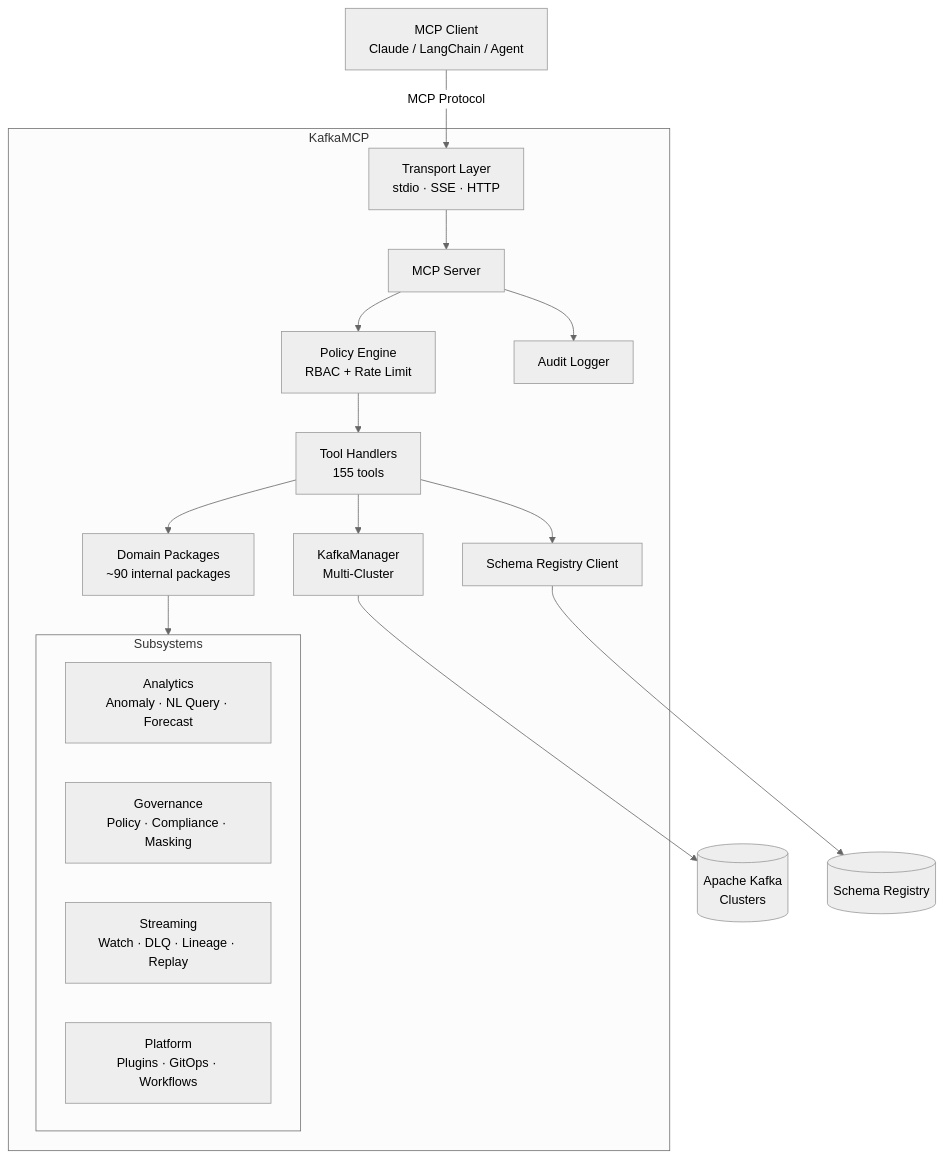
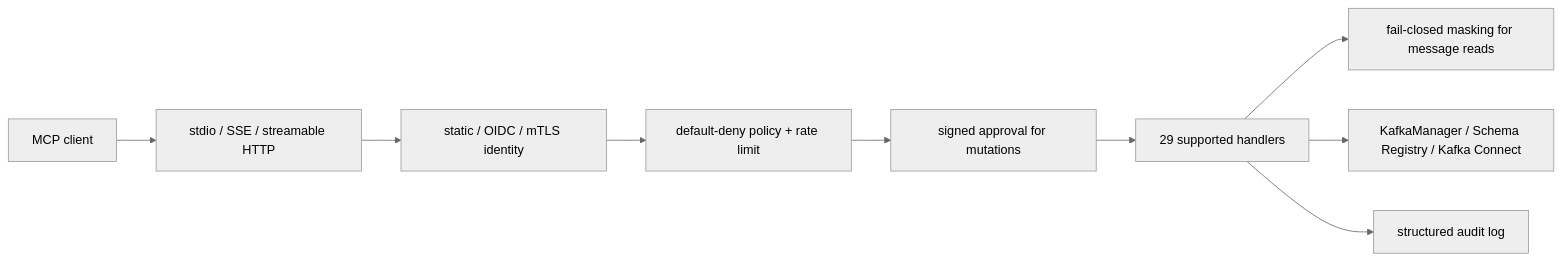
Before and after one commit to josedab/kafkamcp: the diagram in docs/ARCHITECTURE.md, drawn with Mermaid (neutral theme). The commit also changed other lines of this file and 93 other files, not shown here.

````diff
--- a/docs/ARCHITECTURE.md
+++ b/docs/ARCHITECTURE.md
@@ -19,26 +21,11 @@
 ```mermaid
-graph TD
-    Client[MCP Client<br/>Claude / LangChain / Agent] -->|MCP Protocol| Transport
-
-    subgraph KafkaMCP
-        Transport[Transport Layer<br/>stdio · SSE · HTTP]
-        Transport --> Server[MCP Server]
-        Server --> Auth[Policy Engine<br/>RBAC + Rate Limit]
-        Server --> Audit[Audit Logger]
-        Auth --> Handlers[Tool Handlers<br/>155 tools]
-        Handlers --> KM[KafkaManager<br/>Multi-Cluster]
-        Handlers --> SR[Schema Registry Client]
-        Handlers --> Domain[Domain Packages<br/>~90 internal packages]
-
-        subgraph Subsystems
-            Analytics[Analytics<br/>Anomaly · NL Query · Forecast]
-            Governance[Governance<br/>Policy · Compliance · Masking]
-            Streaming[Streaming<br/>Watch · DLQ · Lineage · Replay]
-            Platform[Platform<br/>Plugins · GitOps · Workflows]
-        end
-        Domain --> Subsystems
-    end
-
-    KM --> Kafka[(Apache Kafka<br/>Clusters)]
-    SR --> SchemaReg[(Schema Registry)]
+flowchart LR
+    Client[MCP client] --> Transport[stdio / SSE / streamable HTTP]
+    Transport --> Identity[static / OIDC / mTLS identity]
+    Identity --> Policy[default-deny policy + rate limit]
+    Policy --> Approval[signed approval for mutations]
+    Approval --> Handler[29 supported handlers]
+    Handler --> Masking[fail-closed masking for message reads]
+    Handler --> Kafka[KafkaManager / Schema Registry / Kafka Connect]
+    Handler --> Audit[structured audit log]
 ```
````
